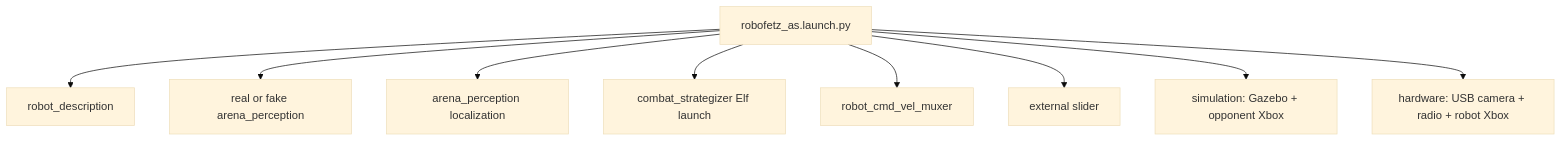
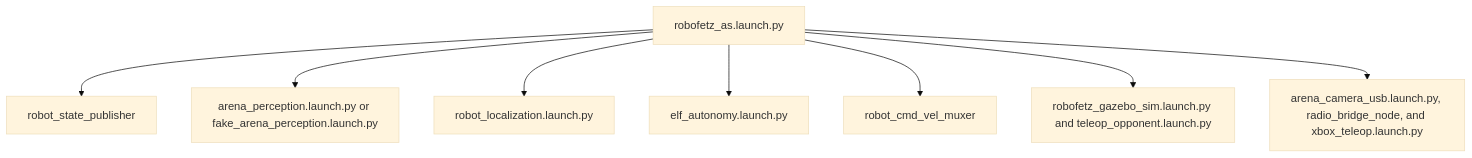
One commit to eubotx/robofetz_as changed the diagram in docs/packages/robot_bringup.md. Above: the diagram before and after it, drawn with Mermaid (base theme). The commit also changed other lines of this file and 22 other files, not shown here.

Commit message:
remover slider publisher

````diff
--- a/docs/packages/robot_bringup.md
+++ b/docs/packages/robot_bringup.md
@@ -82,11 +88,10 @@
 ```mermaid
 flowchart TD
-  Root[robofetz_as.launch.py] --> Description[robot_description]
-  Root --> Perception[real or fake arena_perception]
-  Root --> Localization[arena_perception localization]
-  Root --> Elf[combat_strategizer Elf launch]
+  Root[robofetz_as.launch.py] --> Description["robot_state_publisher"]
+  Root --> Perception["arena_perception.launch.py or fake_arena_perception.launch.py"]
+  Root --> Localization["robot_localization.launch.py"]
+  Root --> Elf["elf_autonomy.launch.py"]
   Root --> Mux["robot_cmd_vel_muxer"]
-  Root --> Slider[external slider]
-  Root --> Sim[simulation: Gazebo + opponent Xbox]
-  Root --> HW[hardware: USB camera + radio + robot Xbox]
+  Root --> Sim["robofetz_gazebo_sim.launch.py and teleop_opponent.launch.py"]
+  Root --> HW["arena_camera_usb.launch.py, radio_bridge_node, and xbox_teleop.launch.py"]
 ```
````
